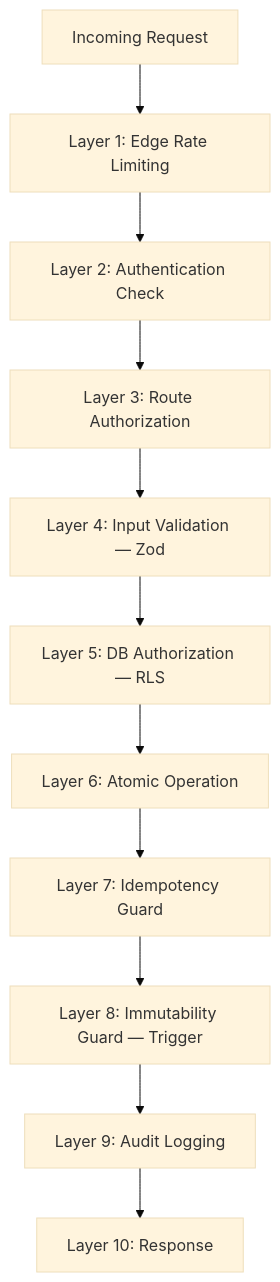
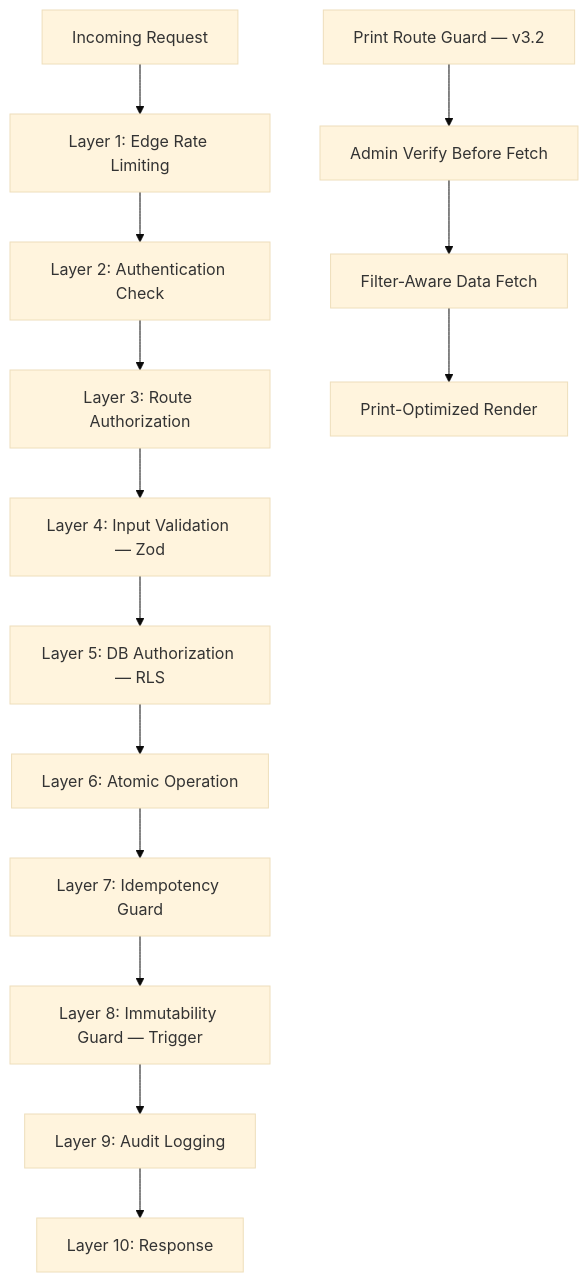
Before and after one commit to zainshah3464/vestior-store: the first of 2 diagrams in docs/security.md, drawn with Mermaid (base theme). The commit also changed other lines of this file and 50 other files, not shown here.

````diff
--- a/docs/security.md
+++ b/docs/security.md
@@ -102,13 +113,17 @@
 ```mermaid
 flowchart TB
     A[Incoming Request] --> B[Layer 1: Edge Rate Limiting]
     B --> C[Layer 2: Authentication Check]
     C --> D[Layer 3: Route Authorization]
     D --> E[Layer 4: Input Validation — Zod]
     E --> F[Layer 5: DB Authorization — RLS]
     F --> G[Layer 6: Atomic Operation]
     G --> H[Layer 7: Idempotency Guard]
     H --> I[Layer 8: Immutability Guard — Trigger]
     I --> J[Layer 9: Audit Logging]
     J --> K[Layer 10: Response]
+    
+    L[Print Route Guard — v3.2] --> M[Admin Verify Before Fetch]
+    M --> N[Filter-Aware Data Fetch]
+    N --> O[Print-Optimized Render]
 ```
````
